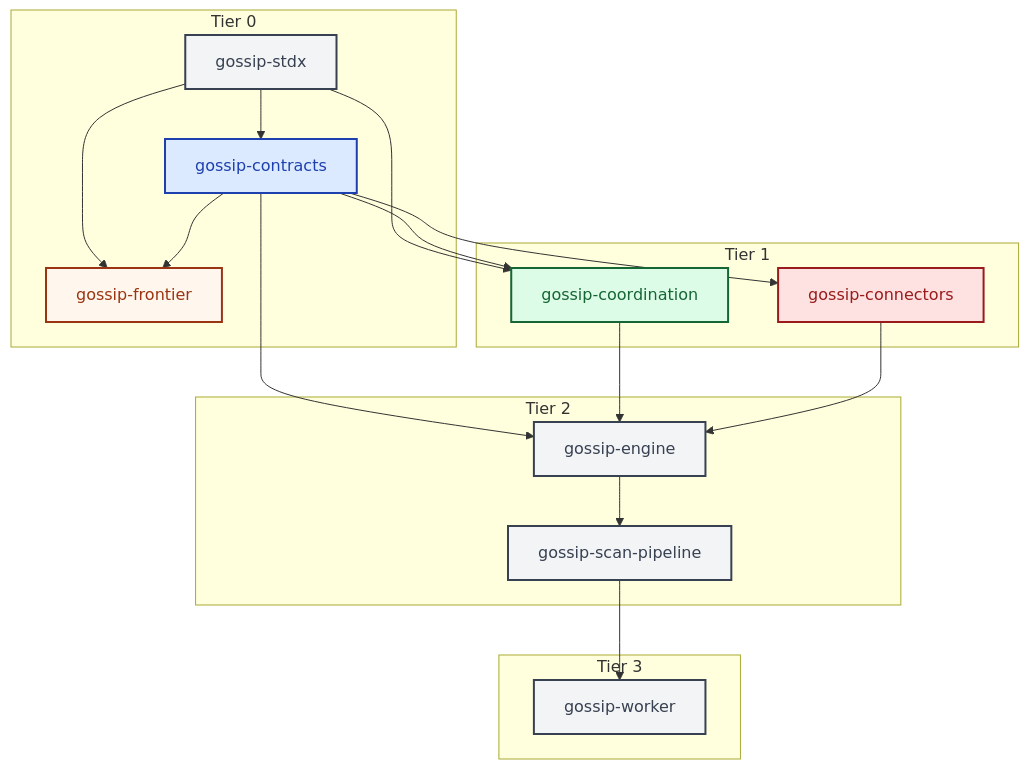
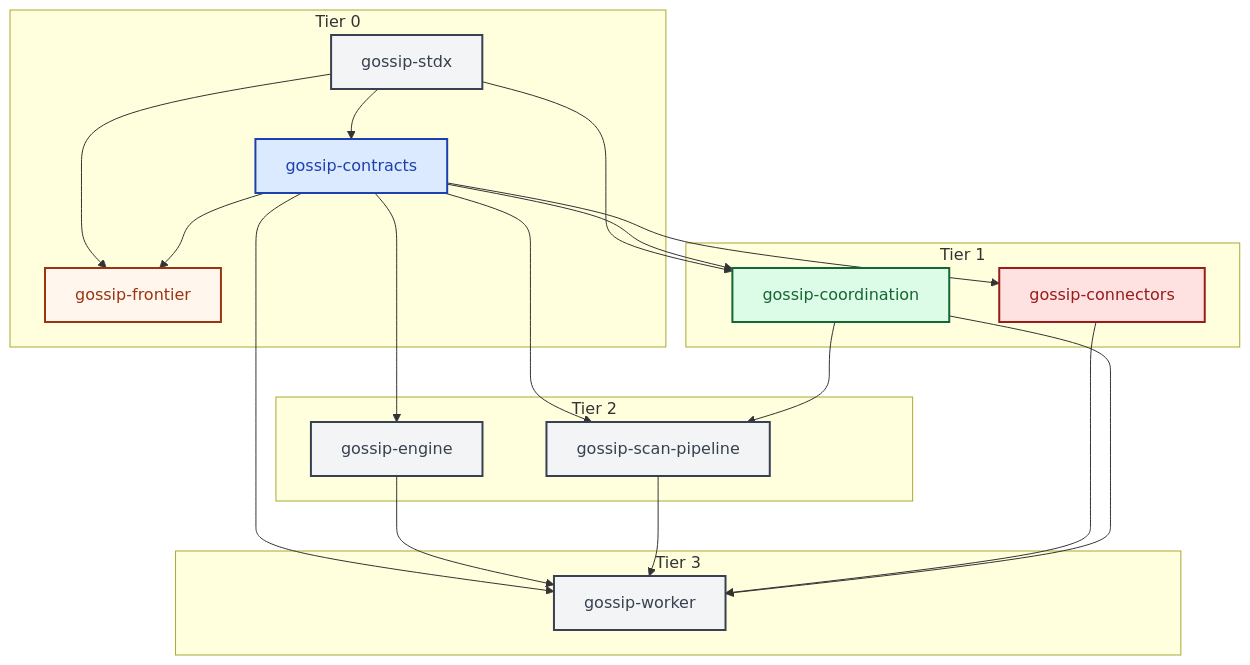
The fourth of 4 diagrams in diagrams/01-system-overview.md (ahrav/Gossip-rs), drawn with Mermaid before and after one commit. The commit also changed other lines of this file and 6 other files, not shown here.

First line of the commit message:
Add comprehensive Boundary 4 design documentation and diagram updates

````diff
--- a/diagrams/01-system-overview.md
+++ b/diagrams/01-system-overview.md
@@ -225,44 +229,47 @@
 ```mermaid
 %% Diagram: build-dag
 graph TD
     subgraph "Tier 0"
         stdx["gossip-stdx"]
         contracts["gossip-contracts"]
         frontier["gossip-frontier"]
     end
 
     subgraph "Tier 1"
         coordination["gossip-coordination"]
         connectors["gossip-connectors"]
     end
 
     subgraph "Tier 2"
         engine["gossip-engine"]
         pipeline["gossip-scan-pipeline"]
     end
 
     subgraph "Tier 3"
         worker["gossip-worker"]
     end
 
     stdx --> contracts
     stdx --> frontier
     stdx --> coordination
     contracts --> frontier
     contracts --> coordination
     contracts --> connectors
     contracts --> engine
-    coordination --> engine
-    connectors --> engine
-    engine --> pipeline
+    contracts --> pipeline
+    coordination --> pipeline
+    contracts --> worker
+    engine --> worker
     pipeline --> worker
+    connectors --> worker
+    coordination --> worker
 
     style stdx fill:#F3F4F6,stroke:#374151,stroke-width:2px,color:#374151
     style contracts fill:#DBEAFE,stroke:#1E40AF,stroke-width:2px,color:#1E40AF
     style frontier fill:#FFF7ED,stroke:#9A3412,stroke-width:2px,color:#9A3412
     style coordination fill:#DCFCE7,stroke:#166534,stroke-width:2px,color:#166534
     style connectors fill:#FEE2E2,stroke:#991B1B,stroke-width:2px,color:#991B1B
     style engine fill:#F3F4F6,stroke:#374151,stroke-width:2px,color:#374151
     style pipeline fill:#F3F4F6,stroke:#374151,stroke-width:2px,color:#374151
     style worker fill:#F3F4F6,stroke:#374151,stroke-width:2px,color:#374151
 ```
````
